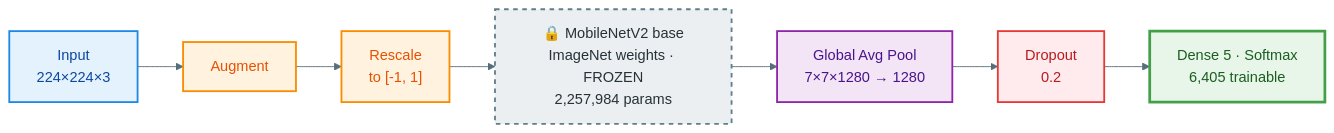
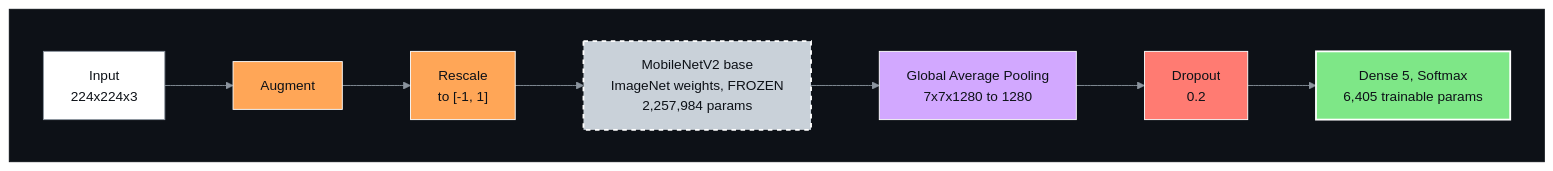
The fourth of 6 diagrams in README.md (sidhantds/Waste-Classification), drawn with Mermaid before and after one commit. The commit also changed other lines of this file, not shown here.

````diff
--- a/README.md
+++ b/README.md
@@ -233,16 +319,21 @@
 ```mermaid
-%%{init: {'theme': 'base', 'themeVariables': {'background': '#ffffff', 'lineColor': '#546E7A', 'fontFamily': 'Arial'}}}%%
+%%{init: {'theme': 'base', 'themeVariables': {'background': '#0d1117', 'lineColor': '#8b949e', 'textColor': '#0d1117', 'clusterBkg': '#161b22', 'clusterBorder': '#30363d', 'titleColor': '#e6edf3', 'fontFamily': 'Arial', 'fontSize': '15px'}}}%%
 flowchart LR
-    I["Input<br/>224×224×3"]:::io --> AU["Augment"]:::prep --> R["Rescale<br/>to [-1, 1]"]:::prep
-    R --> B["🔒 MobileNetV2 base<br/>ImageNet weights · FROZEN<br/>2,257,984 params"]:::frozen
-    B --> G["Global Avg Pool<br/>7×7×1280 → 1280"]:::dense
-    G --> DO["Dropout<br/>0.2"]:::reg
-    DO --> O["Dense 5 · Softmax<br/>6,405 trainable"]:::head
+    subgraph BG[" "]
+        direction LR
+        I["Input<br/>224x224x3"]:::white --> AU["Augment"]:::orange --> R["Rescale<br/>to [-1, 1]"]:::orange
+        R --> B["MobileNetV2 base<br/>ImageNet weights, FROZEN<br/>2,257,984 params"]:::gray
+        B --> G["Global Average Pooling<br/>7x7x1280 to 1280"]:::purple
+        G --> DO["Dropout<br/>0.2"]:::red
+        DO --> O["Dense 5, Softmax<br/>6,405 trainable params"]:::green
+    end
 
-    classDef io fill:#E3F2FD,stroke:#1E88E5,stroke-width:2px,color:#0D47A1
-    classDef prep fill:#FFF3E0,stroke:#FB8C00,stroke-width:2px,color:#E65100
-    classDef frozen fill:#ECEFF1,stroke:#607D8B,stroke-width:2px,stroke-dasharray: 5 5,color:#263238
-    classDef dense fill:#F3E5F5,stroke:#8E24AA,stroke-width:2px,color:#4A148C
-    classDef reg fill:#FFEBEE,stroke:#E53935,stroke-width:2px,color:#B71C1C
-    classDef head fill:#E8F5E9,stroke:#43A047,stroke-width:3px,color:#1B5E20
+    classDef orange fill:#ffa657,stroke:#ffffff,stroke-width:1px,color:#0d1117
+    classDef green fill:#7ee787,stroke:#ffffff,stroke-width:2px,color:#0d1117
+    classDef purple fill:#d2a8ff,stroke:#ffffff,stroke-width:1px,color:#0d1117
+    classDef red fill:#ff7b72,stroke:#ffffff,stroke-width:1px,color:#0d1117
+    classDef gray fill:#c9d1d9,stroke:#ffffff,stroke-width:2px,stroke-dasharray:5 5,color:#0d1117
+    classDef white fill:#ffffff,stroke:#8b949e,stroke-width:1px,color:#0d1117
+
+    style BG fill:#0d1117,stroke:#0d1117
 ```
````
